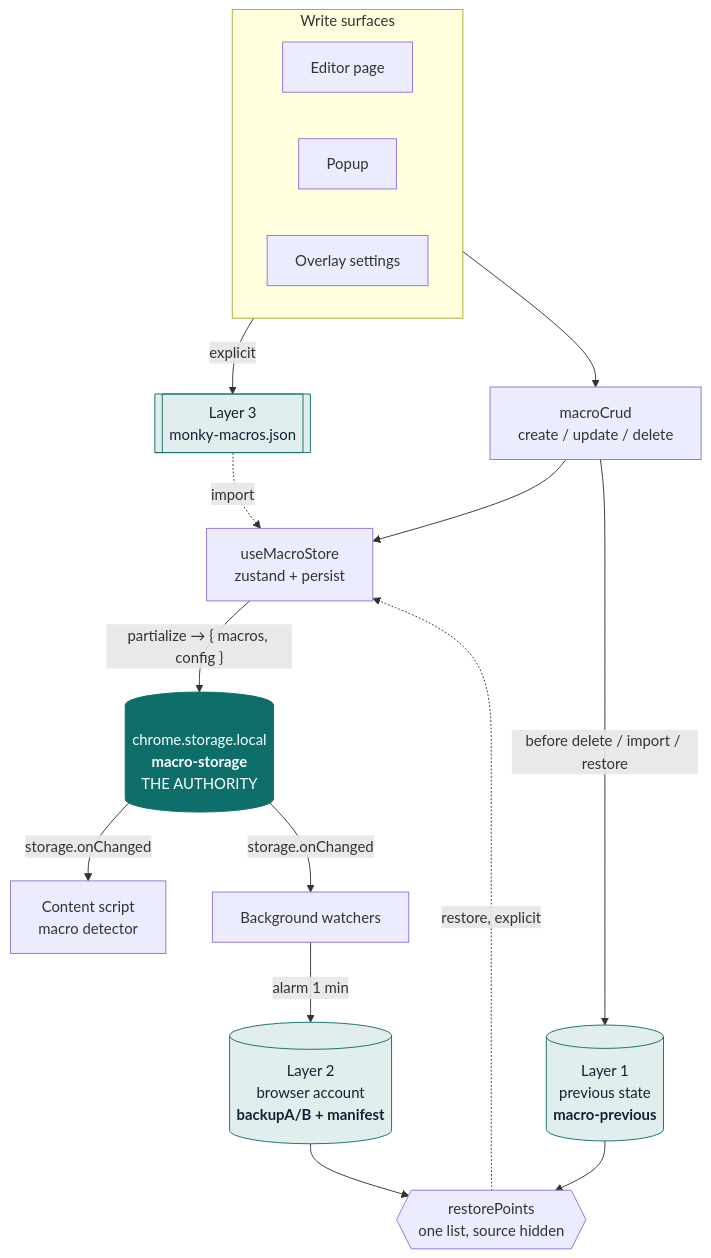
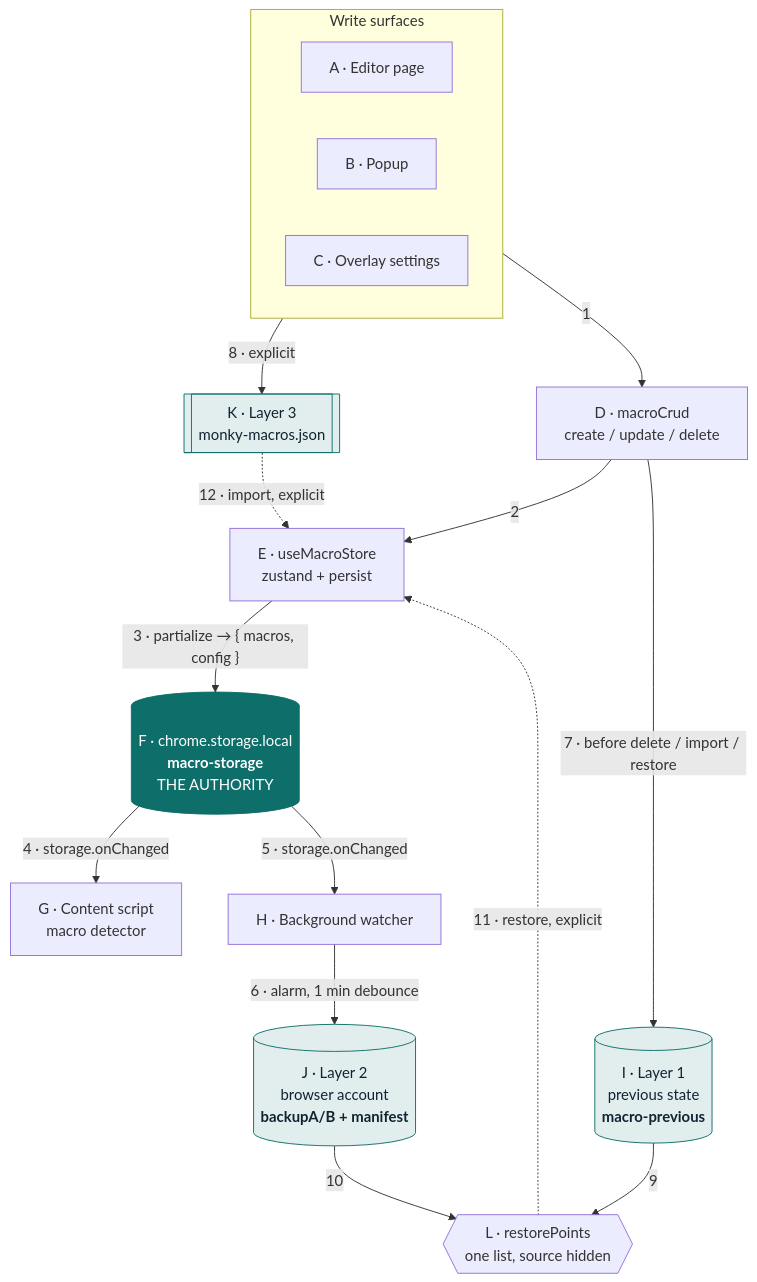
One commit to Jorge-Gonzalez/monky changed the first of 6 diagrams in docs/storage-design.md. Above: the diagram before and after it, drawn with Mermaid. The commit also changed other lines of this file, not shown here.

First line of the commit message:
docs: letter the elements and number the arrows in the overview diagram

````diff
--- a/docs/storage-design.md
+++ b/docs/storage-design.md
@@ -34,34 +37,35 @@
 ```mermaid
 flowchart TB
     subgraph surfaces["Write surfaces"]
         direction LR
-        ED["Editor page"]
-        PO["Popup"]
-        OV["Overlay settings"]
+        ED["A · Editor page"]
+        PO["B · Popup"]
+        OV["C · Overlay settings"]
     end
 
-    CRUD["macroCrud<br/>create / update / delete"]
-    STORE["useMacroStore<br/>zustand + persist"]
+    CRUD["D · macroCrud<br/>create / update / delete"]
+    STORE["E · useMacroStore<br/>zustand + persist"]
 
-    surfaces --> CRUD --> STORE
+    surfaces -->|"1"| CRUD
+    CRUD -->|"2"| STORE
 
-    STORE -->|"partialize → { macros, config }"| LOCAL[("chrome.storage.local<br/><b>macro-storage</b><br/>THE AUTHORITY")]
+    STORE -->|"3 · partialize → { macros, config }"| LOCAL[("F · chrome.storage.local<br/><b>macro-storage</b><br/>THE AUTHORITY")]
 
-    LOCAL -->|"storage.onChanged"| DETECT["Content script<br/>macro detector"]
-    LOCAL -->|"storage.onChanged"| WATCH["Background watchers"]
+    LOCAL -->|"4 · storage.onChanged"| DETECT["G · Content script<br/>macro detector"]
+    LOCAL -->|"5 · storage.onChanged"| WATCH["H · Background watcher"]
 
-    WATCH -->|"alarm 1 min"| SYNC[("Layer 2<br/>browser account<br/><b>backupA/B + manifest</b>")]
-    CRUD -->|"before delete / import / restore"| PREV[("Layer 1<br/>previous state<br/><b>macro-previous</b>")]
+    WATCH -->|"6 · alarm, 1 min debounce"| SYNC[("J · Layer 2<br/>browser account<br/><b>backupA/B + manifest</b>")]
+    CRUD -->|"7 · before delete / import / restore"| PREV[("I · Layer 1<br/>previous state<br/><b>macro-previous</b>")]
 
-    OV -->|"explicit"| FILE[["Layer 3<br/>monky-macros.json"]]
+    OV -->|"8 · explicit"| FILE[["K · Layer 3<br/>monky-macros.json"]]
 
-    PREV --> RP{{"restorePoints<br/>one list, source hidden"}}
-    SYNC --> RP
-    RP -.->|"restore, explicit"| STORE
-    FILE -.->|"import"| STORE
+    PREV -->|"9"| RP{{"L · restorePoints<br/>one list, source hidden"}}
+    SYNC -->|"10"| RP
+    RP -.->|"11 · restore, explicit"| STORE
+    FILE -.->|"12 · import, explicit"| STORE
 
     classDef auth fill:#0d6e6a,stroke:#0d6e6a,color:#fff
     classDef layer fill:#e2eeed,stroke:#0d6e6a,color:#123
     class LOCAL auth
     class PREV,SYNC,FILE layer
 ```
````
